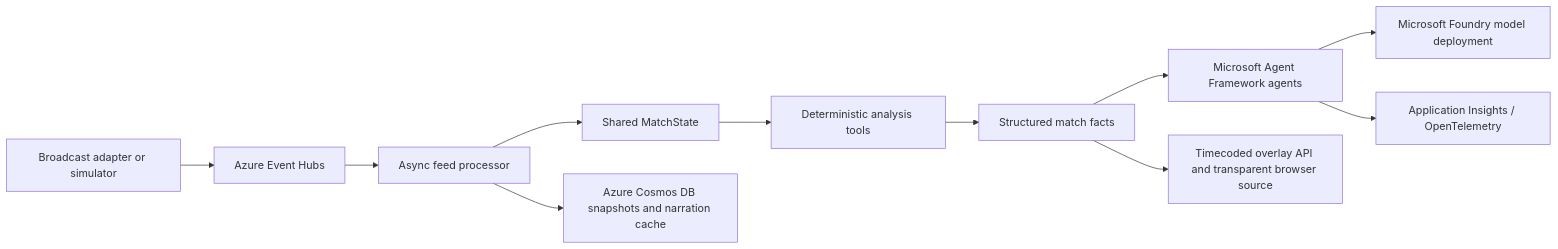
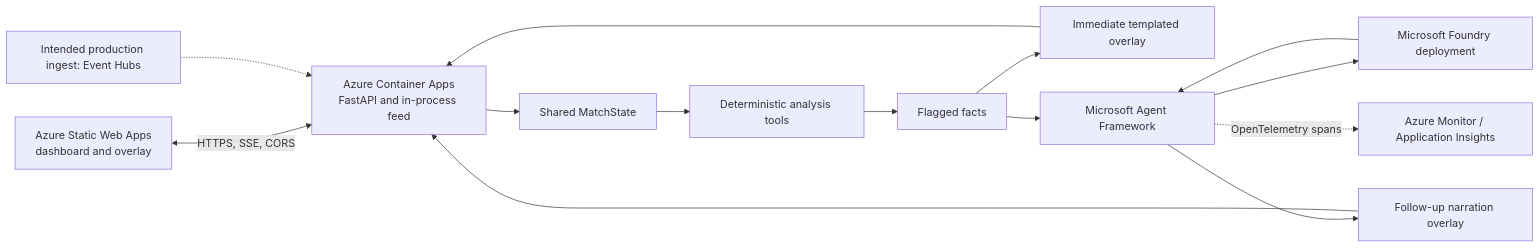
One commit to tomdave01/Galadriel changed the diagram in README.md. Above: the diagram before and after it, drawn with Mermaid. The commit also changed other lines of this file and 4 other files, not shown here.

Commit message:
Replace deploy.sh with deploy.ps1 for Azure deployment automation; the new script includes enhanced error handling, environment variable management, and streamlined resource creation for Azure Container Apps and Static Web Apps.

````diff
--- a/README.md
+++ b/README.md
@@ -11,13 +11,20 @@
 ```mermaid
 flowchart LR
-    Producer["Broadcast adapter or simulator"] --> EH["Azure Event Hubs"]
-    EH --> Processor["Async feed processor"]
-    Processor --> State["Shared MatchState"]
-    State --> Engine["Deterministic analysis tools"]
-    Engine --> Facts["Structured match facts"]
-    Facts --> Agents["Microsoft Agent Framework agents"]
-    Agents --> Foundry["Microsoft Foundry model deployment"]
-    Processor --> Cosmos["Azure Cosmos DB snapshots and narration cache"]
-    Agents --> Insights["Application Insights / OpenTelemetry"]
-    Facts --> Overlay["Timecoded overlay API and transparent browser source"]
+    Browser["Azure Static Web Apps<br/>dashboard and overlay"]
+    API["Azure Container Apps<br/>FastAPI and in-process feed"]
+    State["Shared MatchState"]
+    Engine["Deterministic analysis tools"]
+    Facts["Flagged facts"]
+    Fast["Immediate templated overlay"]
+    Framework["Microsoft Agent Framework"]
+    Foundry["Microsoft Foundry deployment"]
+    Narration["Follow-up narration overlay"]
+    Monitor["Azure Monitor / Application Insights"]
+    Browser <-->|"HTTPS, SSE, CORS"| API
+    API --> State --> Engine --> Facts
+    Facts --> Fast --> API
+    Facts --> Framework --> Foundry
+    Foundry --> Framework --> Narration --> API
+    Framework -. "OpenTelemetry spans" .-> Monitor
+    Future["Intended production ingest: Event Hubs"] -.-> API
 ```
````
